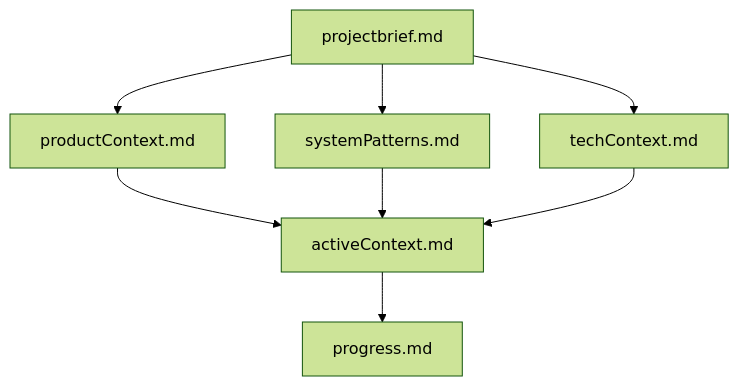
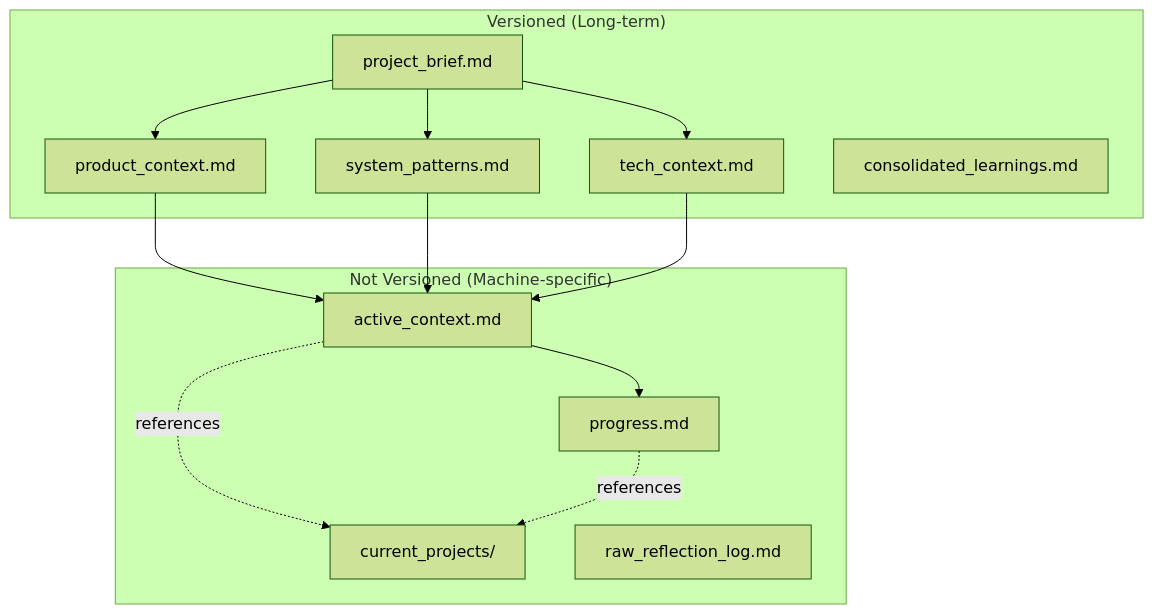
The first of 4 diagrams in dot_ai/rules/cline/memory-bank.md (amauryconstant/dotfiles), drawn with Mermaid (forest theme) before and after one commit. The commit also changed other lines of this file and 5 other files, not shown here.

````diff
--- a/dot_ai/rules/cline/memory-bank.md
+++ b/dot_ai/rules/cline/memory-bank.md
@@ -16,12 +16,30 @@
 ```mermaid
 flowchart TD
-    PB[projectbrief.md] --> PC[productContext.md]
-    PB --> SP[systemPatterns.md]
-    PB --> TC[techContext.md]
+    PB[project_brief.md] --> PC[product_context.md]
+    PB --> SP[system_patterns.md]
+    PB --> TC[tech_context.md]
     
-    PC --> AC[activeContext.md]
+    PC --> AC[active_context.md]
     SP --> AC
     TC --> AC
     
     AC --> P[progress.md]
+    
+    AC -.references.-> CP[current_projects/]
+    P -.references.-> CP
+    
+    subgraph "Versioned (Long-term)"
+        PB
+        PC
+        SP
+        TC
+        CL[consolidated_learnings.md]
+    end
+    
+    subgraph "Not Versioned (Machine-specific)"
+        AC
+        P
+        CP
+        RL[raw_reflection_log.md]
+    end
 ```
````
